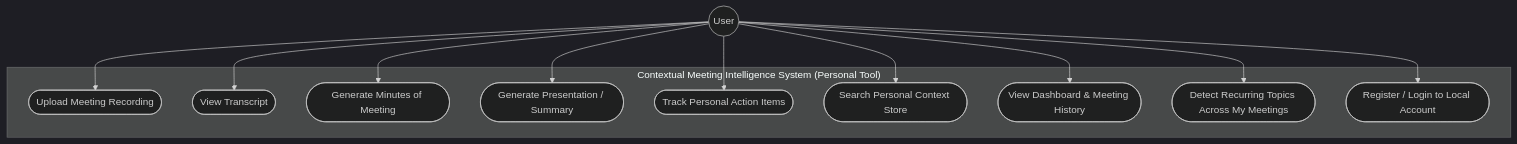
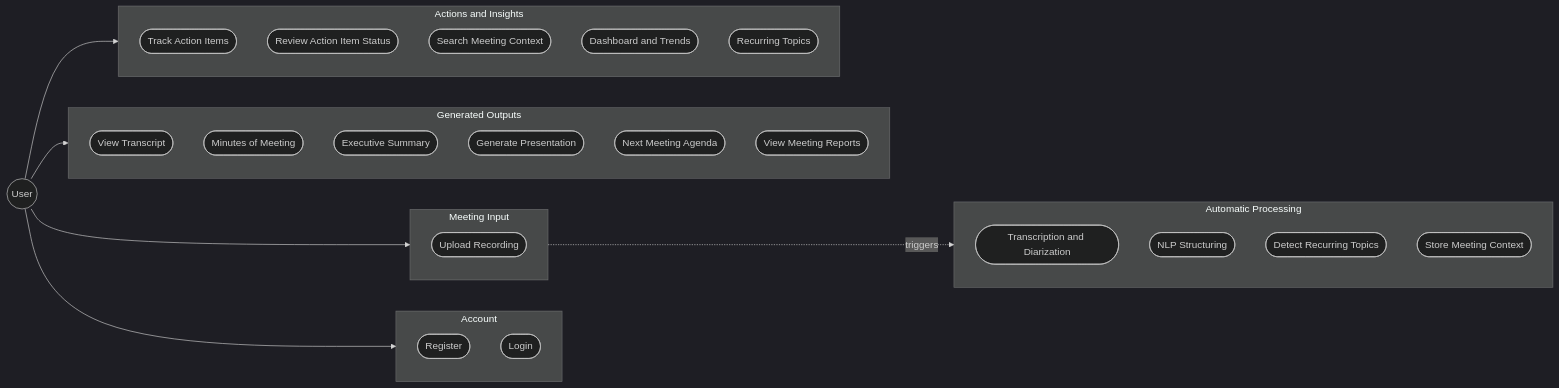
One commit to Karansinh22/CMIS changed the first of 8 diagrams in docs/CMIS_UML_Diagrams.md. Above: the diagram before and after it, drawn with Mermaid (dark theme). The commit also changed other lines of this file, not shown here.

````diff
--- a/docs/CMIS_UML_Diagrams.md
+++ b/docs/CMIS_UML_Diagrams.md
@@ -11,26 +11,48 @@
 ```mermaid
-graph TB
+graph LR
     User((User))
 
-    subgraph CMIS["Contextual Meeting Intelligence System (Personal Tool)"]
-        UC1([Upload Meeting Recording])
-        UC2([View Transcript])
-        UC3([Generate Minutes of Meeting])
-        UC4([Generate Presentation / Summary])
-        UC5([Track Personal Action Items])
-        UC6([Search Personal Context Store])
-        UC7([View Dashboard & Meeting History])
-        UC8([Detect Recurring Topics Across My Meetings])
-        UC9([Register / Login to Local Account])
+    subgraph Account
+        direction TB
+        UC_REG([Register])
+        UC_LOG([Login])
     end
 
-    User --> UC9
-    User --> UC1
-    User --> UC2
-    User --> UC3
-    User --> UC4
-    User --> UC5
-    User --> UC6
-    User --> UC7
-    User --> UC8
+    subgraph MeetingInput["Meeting Input"]
+        direction TB
+        UC_UP([Upload Recording])
+    end
+
+    subgraph AutoProcessing["Automatic Processing"]
+        direction TB
+        UC_TR([Transcription and Diarization])
+        UC_NLP([NLP Structuring])
+        UC_REC([Detect Recurring Topics])
+        UC_STORE([Store Meeting Context])
+    end
+
+    subgraph GeneratedOutputs["Generated Outputs"]
+        direction TB
+        UC_VT([View Transcript])
+        UC_MOM([Minutes of Meeting])
+        UC_SUM([Executive Summary])
+        UC_PPT([Generate Presentation])
+        UC_AGN([Next Meeting Agenda])
+        UC_REP([View Meeting Reports])
+    end
+
+    subgraph ActionsInsights["Actions and Insights"]
+        direction TB
+        UC_AI([Track Action Items])
+        UC_SR([Review Action Item Status])
+        UC_SC([Search Meeting Context])
+        UC_DT([Dashboard and Trends])
+        UC_RT([Recurring Topics])
+    end
+
+    User --> Account
+    User --> MeetingInput
+    User --> GeneratedOutputs
+    User --> ActionsInsights
+    UC_UP -.->|triggers| AutoProcessing
 ```
````
